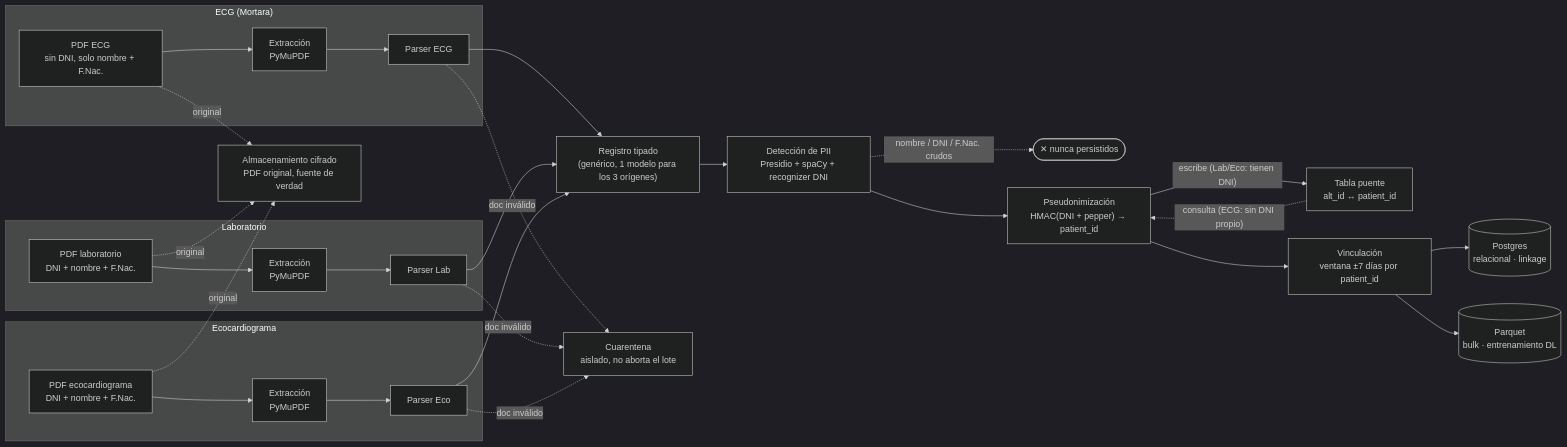
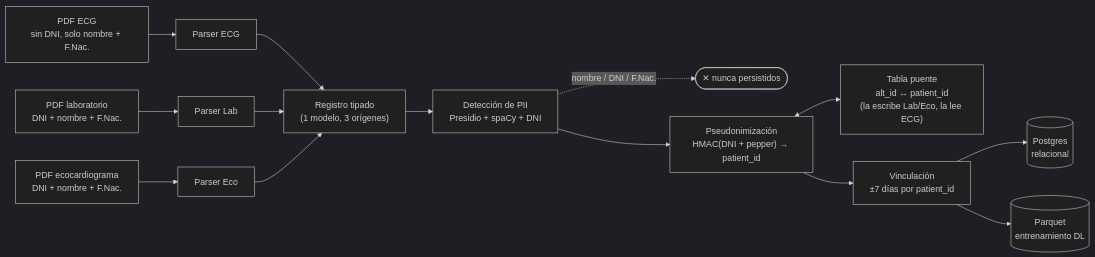
Before and after one commit to luchoaquinopla/Anonimizacion: the diagram in docs/pipeline.md, drawn with Mermaid (dark theme). The commit also changed other lines of this file, not shown here.

Commit message:
docs: simplify pipeline flow diagram
Cut quarantine and encrypted-storage branches from the diagram and
merge extraction into each parser node, keeping only the mechanism
the doc argues for: shared trunk, ECG/lab bridge, PII discard point.

````diff
--- a/docs/pipeline.md
+++ b/docs/pipeline.md
@@ -11,38 +11,21 @@
 ```mermaid
 flowchart LR
-    subgraph ECG["ECG (Mortara)"]
-        E1["PDF ECG<br/>sin DNI, solo nombre + F.Nac."] --> E2["Extracción<br/>PyMuPDF"] --> E3["Parser ECG"]
-    end
+    E["PDF ECG<br/>sin DNI, solo nombre + F.Nac."] --> EP["Parser ECG"]
+    L["PDF laboratorio<br/>DNI + nombre + F.Nac."] --> LP["Parser Lab"]
+    C["PDF ecocardiograma<br/>DNI + nombre + F.Nac."] --> CP["Parser Eco"]
 
-    subgraph LAB["Laboratorio"]
-        L1["PDF laboratorio<br/>DNI + nombre + F.Nac."] --> L2["Extracción<br/>PyMuPDF"] --> L3["Parser Lab"]
-    end
+    EP --> R["Registro tipado<br/>(1 modelo, 3 orígenes)"]
+    LP --> R
+    CP --> R
 
-    subgraph ECO["Ecocardiograma"]
-        C1["PDF ecocardiograma<br/>DNI + nombre + F.Nac."] --> C2["Extracción<br/>PyMuPDF"] --> C3["Parser Eco"]
-    end
-
-    E3 --> R["Registro tipado<br/>(genérico, 1 modelo para los 3 orígenes)"]
-    L3 --> R
-    C3 --> R
-
-    R --> PII["Detección de PII<br/>Presidio + spaCy + recognizer DNI"]
-    PII -. "nombre / DNI / F.Nac. crudos" .-> DISCARD(["✕ nunca persistidos"])
+    R --> PII["Detección de PII<br/>Presidio + spaCy + DNI"]
+    PII -. "nombre / DNI / F.Nac." .-> DISCARD(["✕ nunca persistidos"])
 
     PII --> PSEUDO["Pseudonimización<br/>HMAC(DNI + pepper) → patient_id"]
-    PSEUDO -- "escribe (Lab/Eco: tienen DNI)" --> BRIDGE["Tabla puente<br/>alt_id ↔ patient_id"]
-    BRIDGE -. "consulta (ECG: sin DNI propio)" .-> PSEUDO
+    PSEUDO <--> BRIDGE["Tabla puente<br/>alt_id ↔ patient_id<br/>(la escribe Lab/Eco, la lee ECG)"]
 
-    PSEUDO --> LINK["Vinculación<br/>ventana ±7 días por patient_id"]
+    PSEUDO --> LINK["Vinculación<br/>±7 días por patient_id"]
 
-    LINK --> PG[("Postgres<br/>relacional · linkage")]
-    LINK --> PARQUET[("Parquet<br/>bulk · entrenamiento DL")]
-
-    E3 -. doc inválido .-> Q["Cuarentena<br/>aislado, no aborta el lote"]
-    L3 -. doc inválido .-> Q
-    C3 -. doc inválido .-> Q
-
-    E1 -. original .-> ENC["Almacenamiento cifrado<br/>PDF original, fuente de verdad"]
-    L1 -. original .-> ENC
-    C1 -. original .-> ENC
+    LINK --> PG[("Postgres<br/>relacional")]
+    LINK --> PARQUET[("Parquet<br/>entrenamiento DL")]
 ```
````
